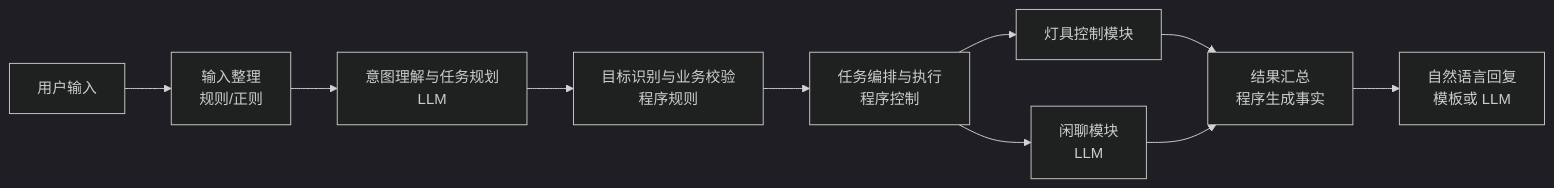
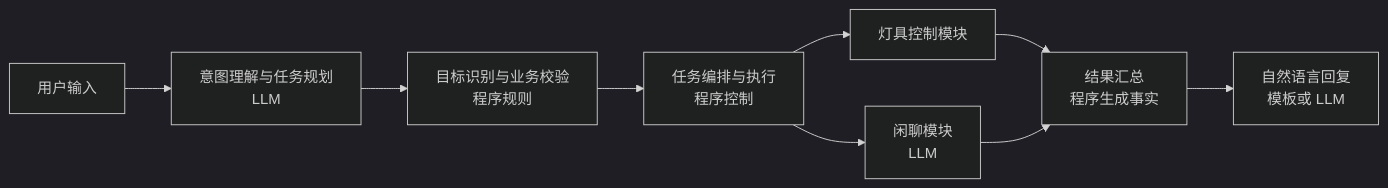
The first of 2 diagrams in 灯具控制与多指令Agent架构设计.md (Mrlittlezhuo/Smart-Home-AI-Assistant), drawn with Mermaid (dark theme) before and after one commit. The commit also changed other lines of this file, not shown here.

Commit message:
docs: route natural language directly through LLM

````diff
--- a/灯具控制与多指令Agent架构设计.md
+++ b/灯具控制与多指令Agent架构设计.md
@@ -117,12 +117,11 @@
 ```mermaid
 flowchart LR
-    A[用户输入] --> B[输入整理<br/>规则/正则]
-    B --> C[意图理解与任务规划<br/>LLM]
+    A[用户输入] --> C[意图理解与任务规划<br/>LLM]
     C --> D[目标识别与业务校验<br/>程序规则]
     D --> E[任务编排与执行<br/>程序控制]
     E --> F[灯具控制模块]
     E --> G[闲聊模块<br/>LLM]
     F --> H[结果汇总<br/>程序生成事实]
     G --> H
     H --> I[自然语言回复<br/>模板或 LLM]
 ```
````
